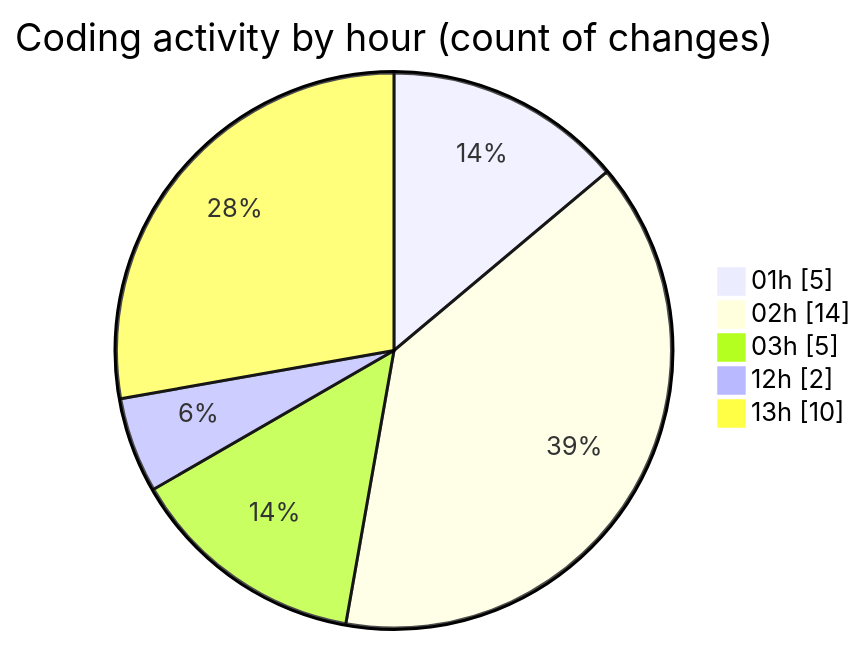
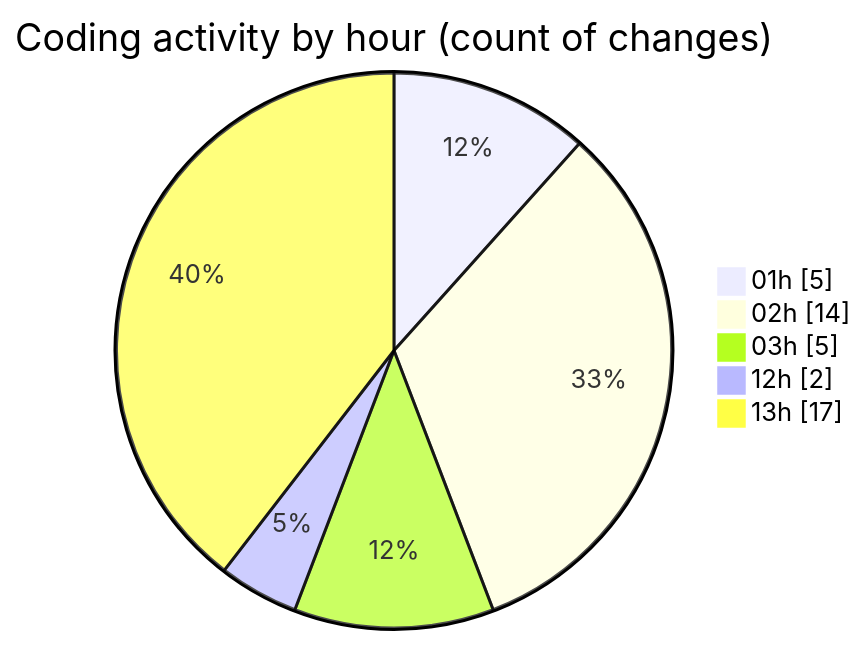
The second of 2 diagrams in 2025-10-23/eventscop-frontend-guide__workspace_/README.md (julien-gomy/code-tracking), drawn with Mermaid before and after one commit. The commit also changed other lines of this file and 1 other file, not shown here.

````diff
--- a/2025-10-23/eventscop-frontend-guide__workspace_/README.md
+++ b/2025-10-23/eventscop-frontend-guide__workspace_/README.md
@@ -40,9 +42,9 @@
 ```mermaid
 pie showData
 title Coding activity by hour (count of changes)
 "01h" : 5
 "02h" : 14
 "03h" : 5
 "12h" : 2
-"13h" : 10
+"13h" : 17
 ```
````
